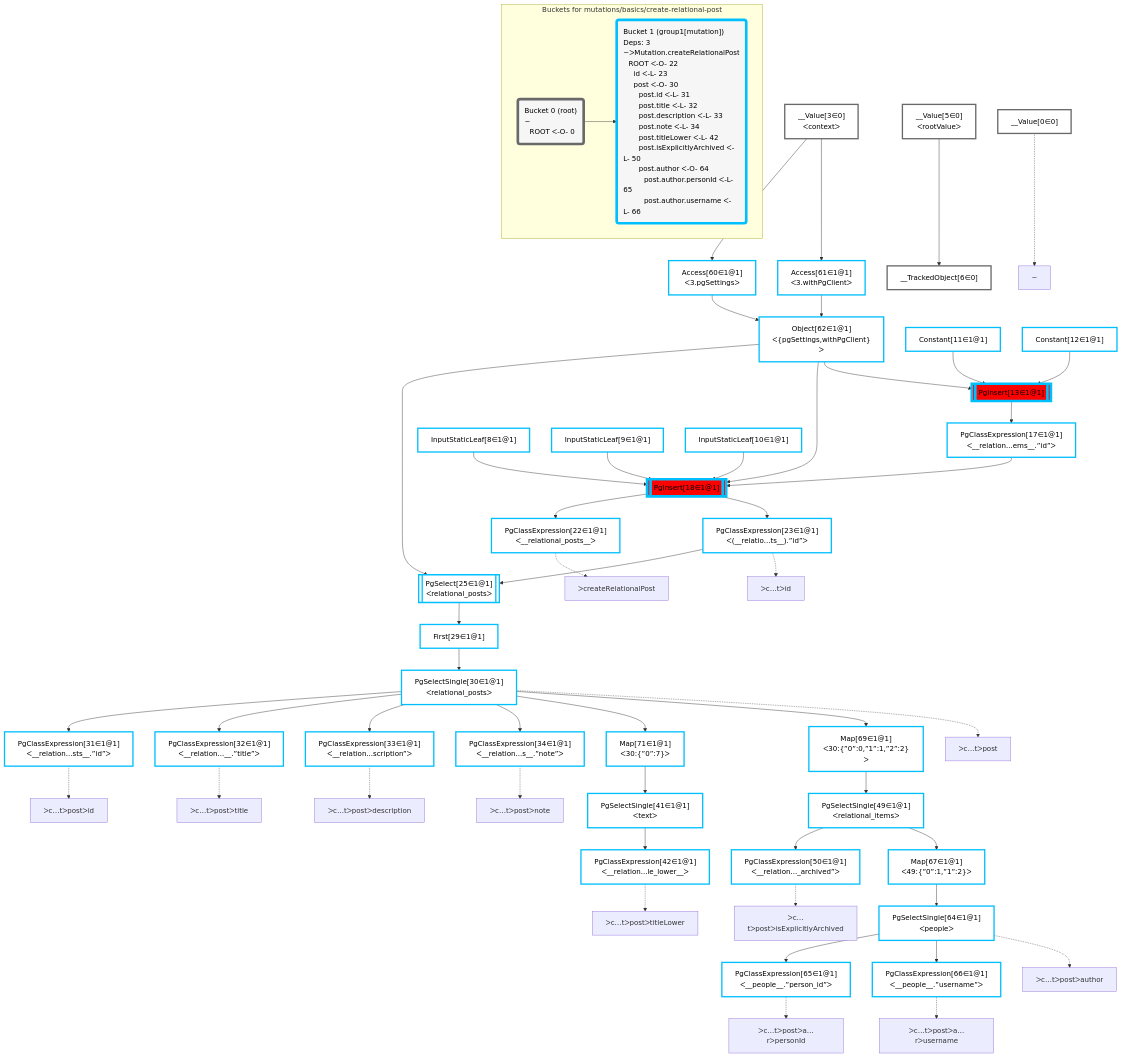
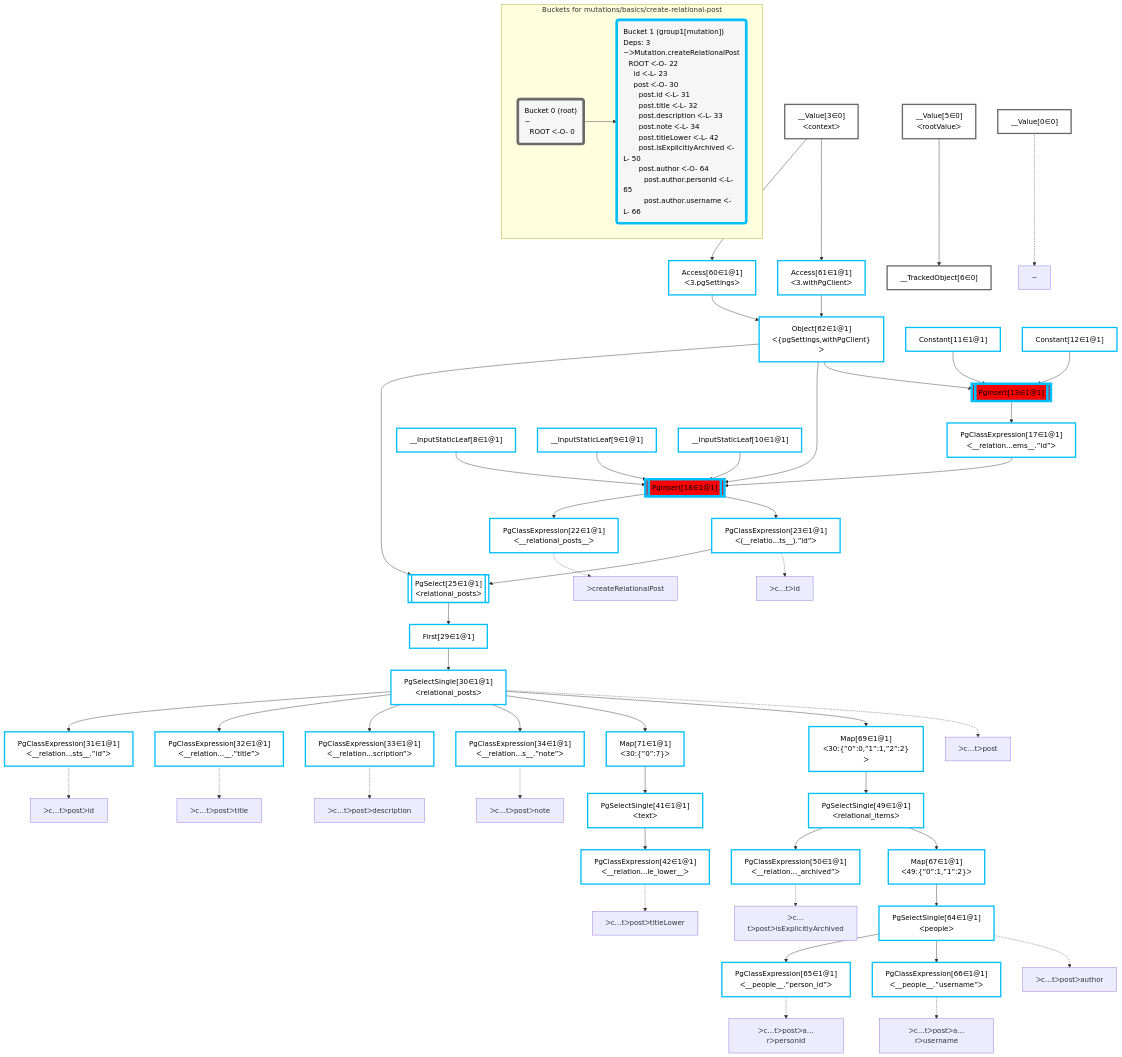
The diagram in packages/dataplan-pg/__tests__/mutations/basics/create-relational-post.mermaid.md (graphile/crystal), drawn with Mermaid before and after one commit. The commit also changed 79 other files, not shown here.

````diff
--- a/packages/dataplan-pg/__tests__/mutations/basics/create-relational-post.mermaid.md
+++ b/packages/dataplan-pg/__tests__/mutations/basics/create-relational-post.mermaid.md
@@ -37,9 +37,9 @@
     __Value3["__Value[3∈0]<br />ᐸcontextᐳ"]:::plan
     __TrackedObject6["__TrackedObject[6∈0]"]:::plan
     __Value5["__Value[5∈0]<br />ᐸrootValueᐳ"]:::plan
-    InputStaticLeaf8["InputStaticLeaf[8∈1@1]"]:::plan
-    InputStaticLeaf9["InputStaticLeaf[9∈1@1]"]:::plan
-    InputStaticLeaf10["InputStaticLeaf[10∈1@1]"]:::plan
+    __InputStaticLeaf8["__InputStaticLeaf[8∈1@1]"]:::plan
+    __InputStaticLeaf9["__InputStaticLeaf[9∈1@1]"]:::plan
+    __InputStaticLeaf10["__InputStaticLeaf[10∈1@1]"]:::plan
     Constant11["Constant[11∈1@1]"]:::plan
     Constant12["Constant[12∈1@1]"]:::plan
 
@@ -63,7 +63,7 @@
     PgSelect25 --> First29
     Object62 & PgClassExpression23 --> PgSelect25
     PgInsert18 --> PgClassExpression23
-    Object62 & PgClassExpression17 & InputStaticLeaf8 & InputStaticLeaf9 & InputStaticLeaf10 --> PgInsert18
+    Object62 & PgClassExpression17 & __InputStaticLeaf8 & __InputStaticLeaf9 & __InputStaticLeaf10 --> PgInsert18
     PgInsert13 --> PgClassExpression17
     Object62 & Constant11 & Constant12 --> PgInsert13
     Access60 & Access61 --> Object62
@@ -105,7 +105,7 @@
     class Bucket0,__Value0,__Value3,__Value5,__TrackedObject6 bucket0
     Bucket1("Bucket 1 (group1[mutation])<br />Deps: 3<br />~ᐳMutation.createRelationalPost<br />⠀ROOT ᐸ-O- 22<br />⠀⠀id ᐸ-L- 23<br />⠀⠀post ᐸ-O- 30<br />⠀⠀⠀post.id ᐸ-L- 31<br />⠀⠀⠀post.title ᐸ-L- 32<br />⠀⠀⠀post.description ᐸ-L- 33<br />⠀⠀⠀post.note ᐸ-L- 34<br />⠀⠀⠀post.titleLower ᐸ-L- 42<br />⠀⠀⠀post.isExplicitlyArchived ᐸ-L- 50<br />⠀⠀⠀post.author ᐸ-O- 64<br />⠀⠀⠀⠀post.author.personId ᐸ-L- 65<br />⠀⠀⠀⠀post.author.username ᐸ-L- 66"):::bucket
     classDef bucket1 stroke:#00bfff
-    class Bucket1,InputStaticLeaf8,InputStaticLeaf9,InputStaticLeaf10,Constant11,Constant12,PgInsert13,PgClassExpression17,PgInsert18,PgClassExpression22,PgClassExpression23,PgSelect25,First29,PgSelectSingle30,PgClassExpression31,PgClassExpression32,PgClassExpression33,PgClassExpression34,PgSelectSingle41,PgClassExpression42,PgSelectSingle49,PgClassExpression50,Access60,Access61,Object62,PgSelectSingle64,PgClassExpression65,PgClassExpression66,Map67,Map69,Map71 bucket1
+    class Bucket1,__InputStaticLeaf8,__InputStaticLeaf9,__InputStaticLeaf10,Constant11,Constant12,PgInsert13,PgClassExpression17,PgInsert18,PgClassExpression22,PgClassExpression23,PgSelect25,First29,PgSelectSingle30,PgClassExpression31,PgClassExpression32,PgClassExpression33,PgClassExpression34,PgSelectSingle41,PgClassExpression42,PgSelectSingle49,PgClassExpression50,Access60,Access61,Object62,PgSelectSingle64,PgClassExpression65,PgClassExpression66,Map67,Map69,Map71 bucket1
     Bucket0 --> Bucket1
     end
 ```
````
